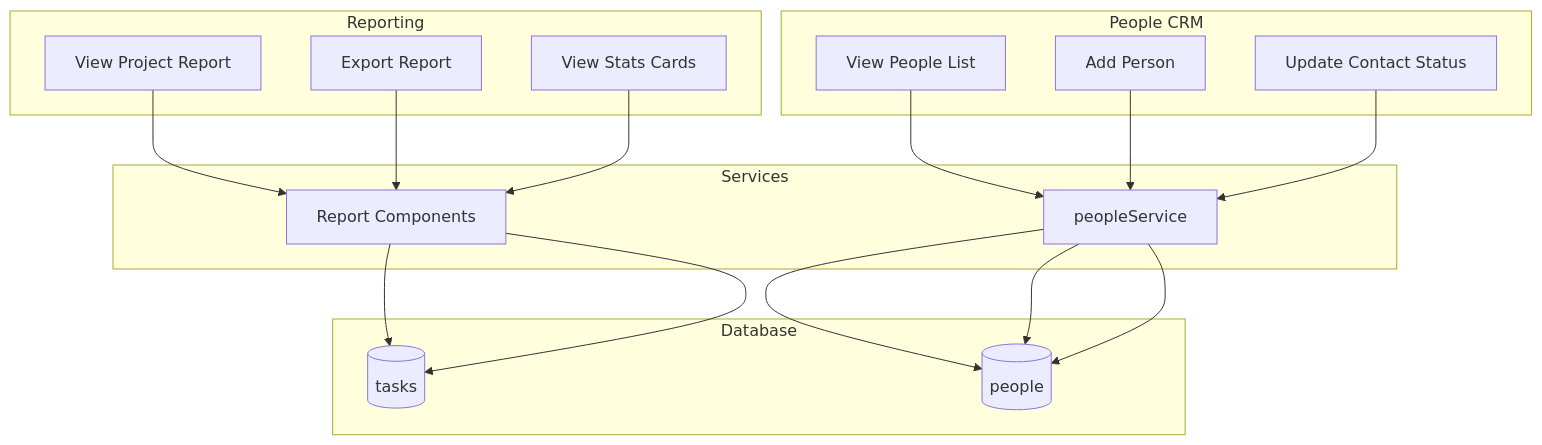
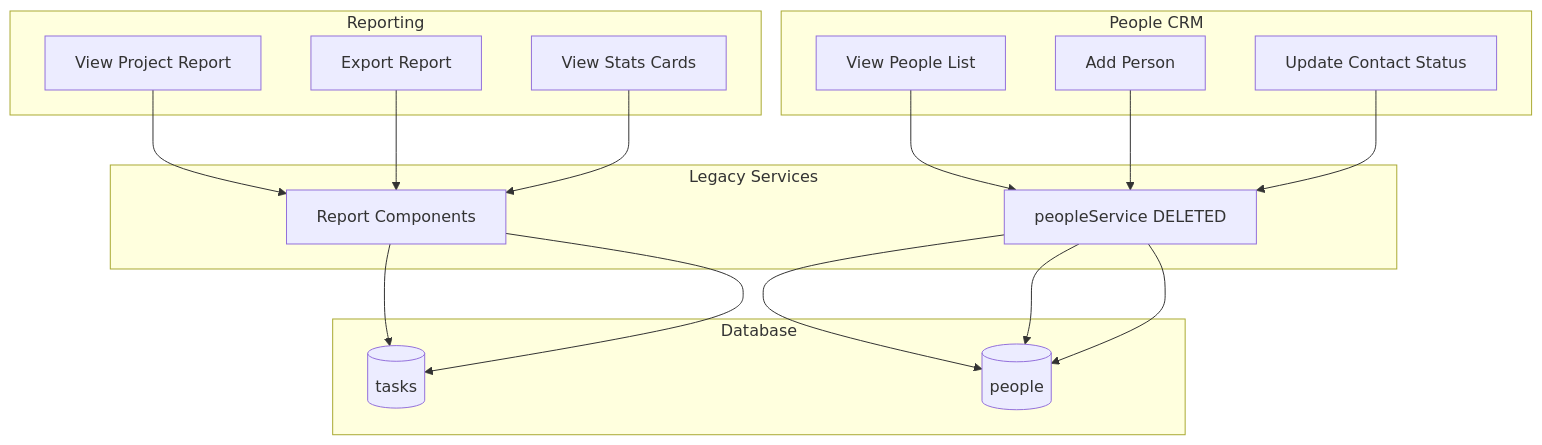
The eighth of 10 diagrams in .ai-ignore/docs/PROJECT_MIND_MAP.md (JoelA510/PlanterPlan-Alpha), drawn with Mermaid before and after one commit. The commit also changed other lines of this file and 45 other files, not shown here.

Commit message:
chore(docs): document abstraction purge and service layer removal in all architecture files

````diff
--- a/.ai-ignore/docs/PROJECT_MIND_MAP.md
+++ b/.ai-ignore/docs/PROJECT_MIND_MAP.md
@@ -635,32 +634,32 @@
 ```mermaid
 flowchart TD
     subgraph "Reporting"
         R1[View Project Report]
         R2[Export Report]
         R3[View Stats Cards]
     end
 
     subgraph "People CRM"
         PE1[View People List]
         PE2[Add Person]
         PE3[Update Contact Status]
     end
 
-    subgraph "Services"
+    subgraph "Legacy Services"
         RS[Report Components]
-        PES[peopleService]
+        PES[peopleService DELETED]
     end
 
     subgraph "Database"
         DB_T4[(tasks)]
         DB_PE[(people)]
     end
 
     R1 --> RS --> DB_T4
     R2 --> RS
     R3 --> RS --> DB_T4
 
     PE1 --> PES --> DB_PE
     PE2 --> PES --> DB_PE
     PE3 --> PES --> DB_PE
 ```
````
